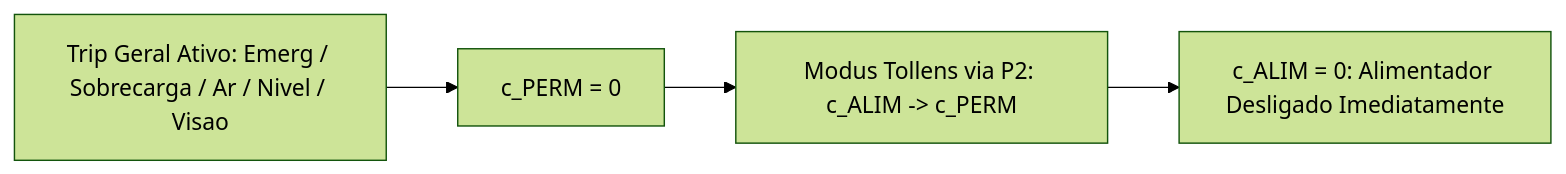
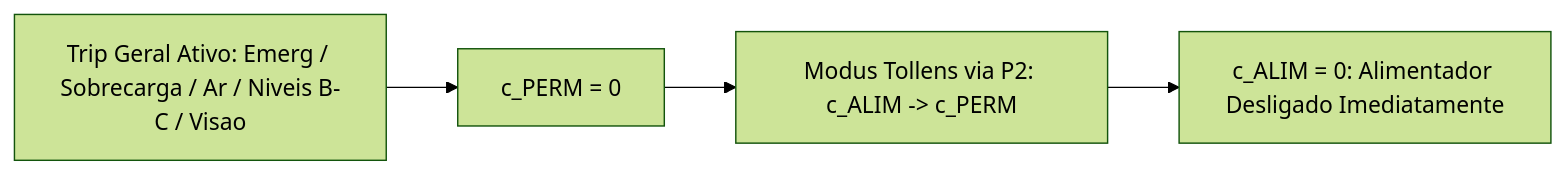
One commit to felipeconradovidal/SCADA-Core_Automatica_GRUPO4 changed the diagram in etapa-01-logica/07 - Validade e Inferencia logica.md. Above: the diagram before and after it, drawn with Mermaid (forest theme). The commit also changed other lines of this file and 18 other files, not shown here.

````diff
--- a/etapa-01-logica/07 - Validade e Inferencia logica.md
+++ b/etapa-01-logica/07 - Validade e Inferencia logica.md
@@ -111,6 +114,6 @@
 ```mermaid
 graph LR
-    TRIP[Trip Geral Ativo: Emerg / Sobrecarga / Ar / Nivel / Visao] --> NOT_PERM[c_PERM = 0]
+    TRIP[Trip Geral Ativo: Emerg / Sobrecarga / Ar / Niveis B-C / Visao] --> NOT_PERM[c_PERM = 0]
     NOT_PERM --> MODUS_TOLLENS[Modus Tollens via P2: c_ALIM -> c_PERM]
     MODUS_TOLLENS --> SHUTDOWN[c_ALIM = 0: Alimentador Desligado Imediatamente]
 ```
````
